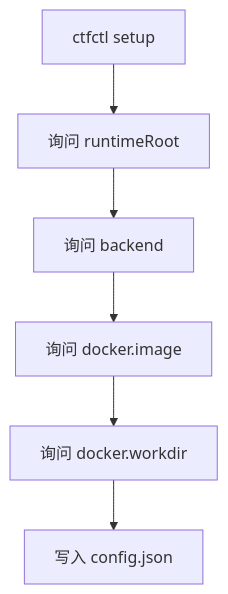
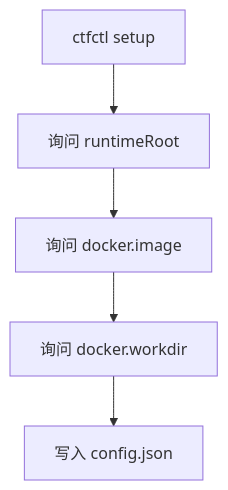
The ninth of 11 diagrams in docs/项目总览.md (ZUENS2020/ctfctl), drawn with Mermaid before and after one commit. The commit also changed other lines of this file and 16 other files, not shown here.

````diff
--- a/docs/项目总览.md
+++ b/docs/项目总览.md
@@ -274,8 +251,7 @@
 ```mermaid
 flowchart TD
     Start["ctfctl setup"] --> Root["询问 runtimeRoot"]
-    Root --> Backend["询问 backend"]
-    Backend --> Image["询问 docker.image"]
+    Root --> Image["询问 docker.image"]
     Image --> Workdir["询问 docker.workdir"]
     Workdir --> Save["写入 config.json"]
 ```
````
